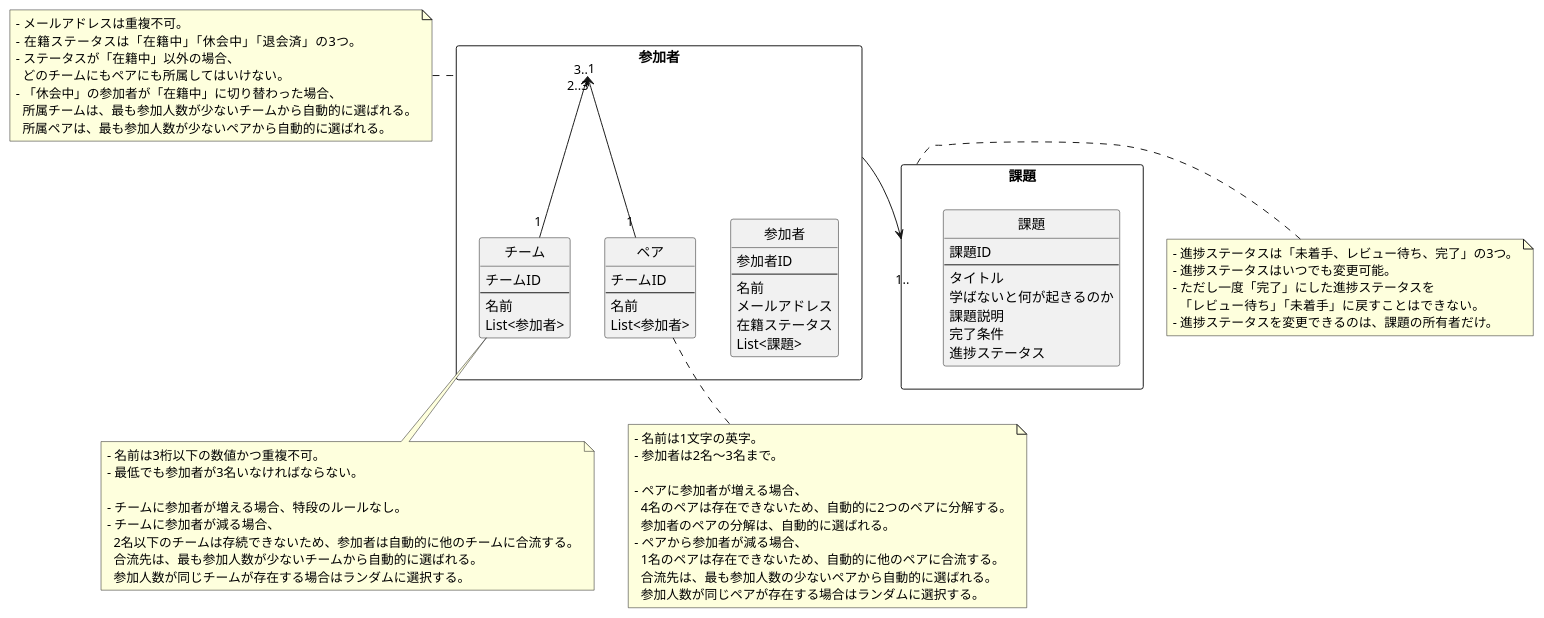
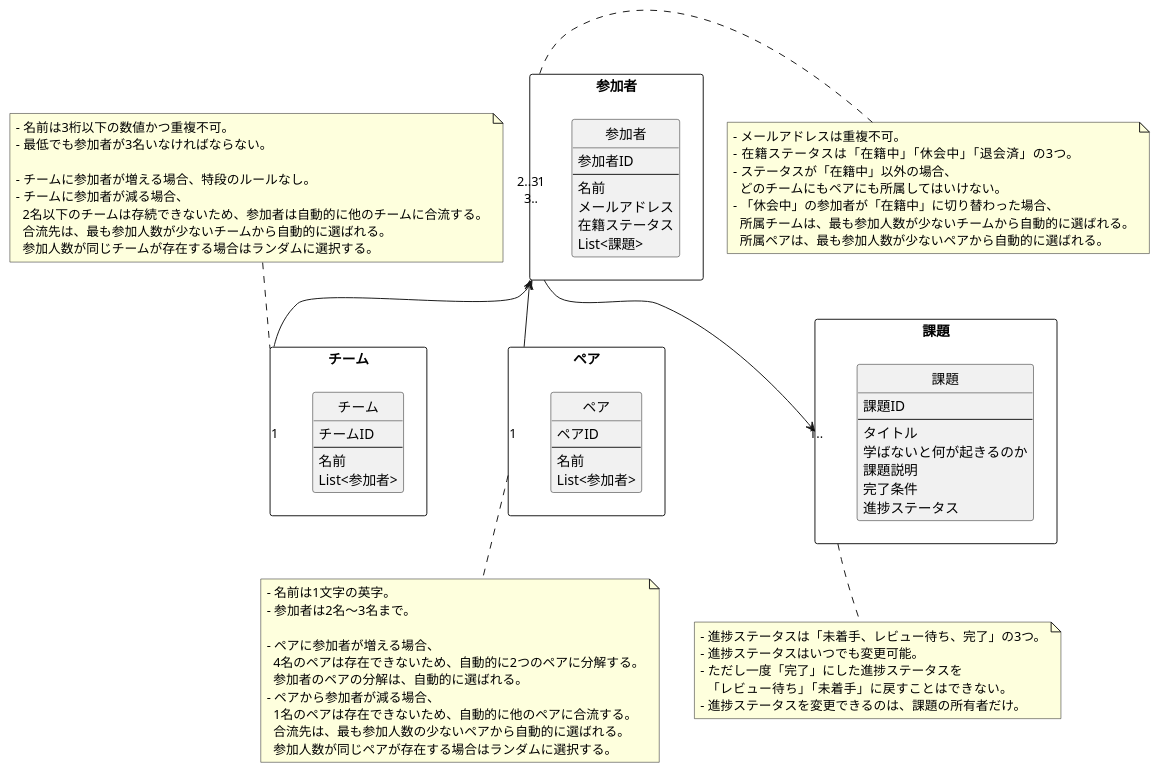
One commit to kooooichi24/praha-challenge-pair-1a changed the diagram in 36/modeling/domain-model.wsd. Above: the diagram before and after it, drawn with PlantUML.

Commit message:
集約の修正

```diff
--- a/36/modeling/domain-model.wsd
+++ b/36/modeling/domain-model.wsd
@@ -1,90 +1,92 @@
 @startuml domain-model
 
 ' hide the spot
 hide circle
 
 rectangle 参加者 {
   entity 参加者 {
     参加者ID
     --
     名前
     メールアドレス
     在籍ステータス
     List<課題>
   }
-
-  entity チーム {
-    チームID
-    --
-    名前
-    List<参加者>
-  }
-
-  entity ペア {
-    チームID
-    --
-    名前
-    List<参加者>
-  }
 }
-
-
-note left of 参加者
+note right of 参加者
 - メールアドレスは重複不可。
 - 在籍ステータスは「在籍中」「休会中」「退会済」の3つ。
 - ステータスが「在籍中」以外の場合、
   どのチームにもペアにも所属してはいけない。
 - 「休会中」の参加者が「在籍中」に切り替わった場合、
   所属チームは、最も参加人数が少ないチームから自動的に選ばれる。
   所属ペアは、最も参加人数が少ないペアから自動的に選ばれる。
 end note
 
-note bottom of チーム
+
+rectangle チーム {
+  entity チーム {
+    チームID
+    --
+    名前
+    List<参加者>
+  }
+}
+note top of チーム
 - 名前は3桁以下の数値かつ重複不可。
 - 最低でも参加者が3名いなければならない。
 
 - チームに参加者が増える場合、特段のルールなし。
 - チームに参加者が減る場合、
   2名以下のチームは存続できないため、参加者は自動的に他のチームに合流する。
   合流先は、最も参加人数が少ないチームから自動的に選ばれる。
   参加人数が同じチームが存在する場合はランダムに選択する。
 end note
 
+
+rectangle ペア {
+  entity ペア {
+    ペアID
+    --
+    名前
+    List<参加者>
+  }
+}
 note bottom of ペア
 - 名前は1文字の英字。
 - 参加者は2名〜3名まで。
 
 - ペアに参加者が増える場合、
   4名のペアは存在できないため、自動的に2つのペアに分解する。
   参加者のペアの分解は、自動的に選ばれる。
 - ペアから参加者が減る場合、
   1名のペアは存在できないため、自動的に他のペアに合流する。
   合流先は、最も参加人数の少ないペアから自動的に選ばれる。
   参加人数が同じペアが存在する場合はランダムに選択する。
 end note
 
 rectangle 課題 {
   entity 課題 {
     課題ID
     --
     タイトル
     学ばないと何が起きるのか
     課題説明
     完了条件
     進捗ステータス
   }
 }
-note right of 課題
+note bottom of 課題
 - 進捗ステータスは「未着手、レビュー待ち、完了」の3つ。
 - 進捗ステータスはいつでも変更可能。
 - ただし一度「完了」にした進捗ステータスを
   「レビュー待ち」「未着手」に戻すことはできない。
 - 進捗ステータスを変更できるのは、課題の所有者だけ。
 end note
 
 
 参加者 "3.." <-- "1" チーム
 参加者 "2..3" <-- "1" ペア
 参加者 "1" --> "1.." 課題
 
 @enduml
```
